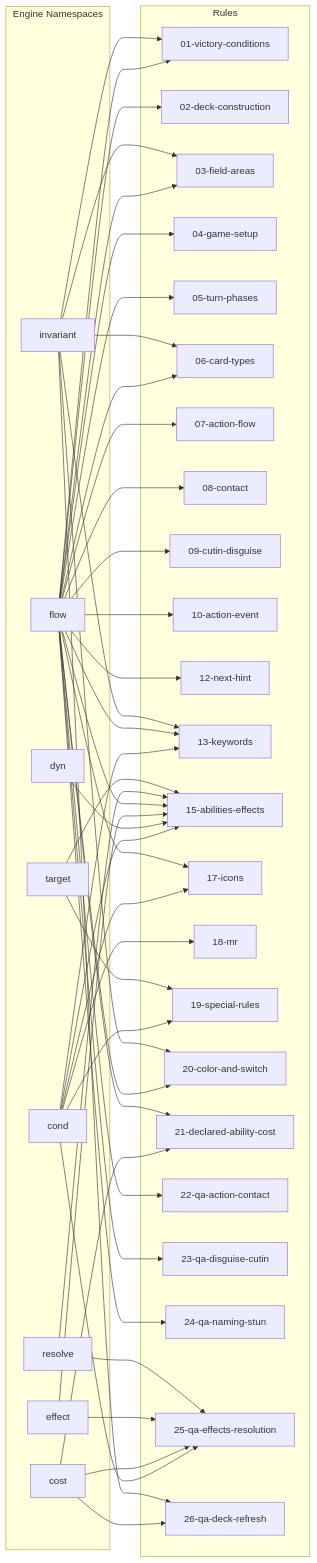
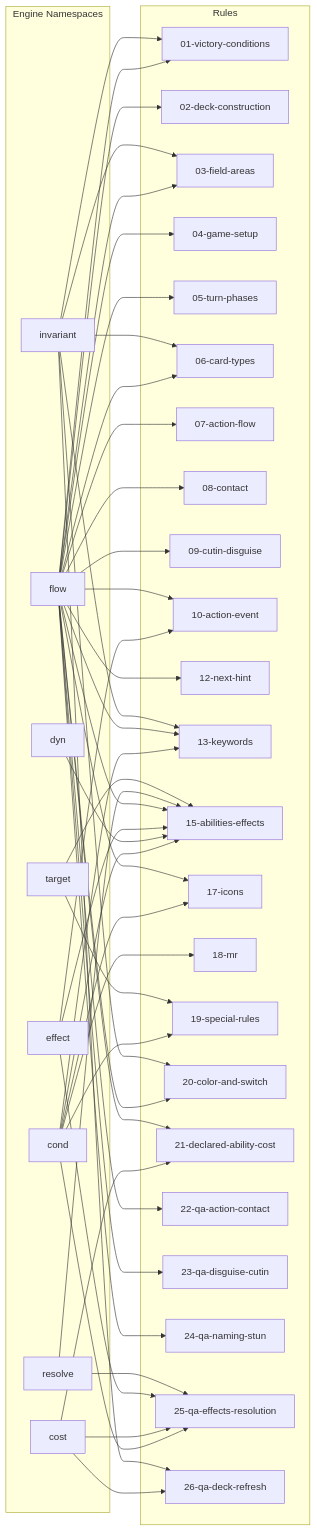
One commit to orihekat78/TCGApp changed the diagram in .claude/auto/mapping/graph-rules-engine-flow.md. Above: the diagram before and after it, drawn with Mermaid. The commit also changed other lines of this file and 69 other files, not shown here.

````diff
--- a/.claude/auto/mapping/graph-rules-engine-flow.md
+++ b/.claude/auto/mapping/graph-rules-engine-flow.md
@@ -9,79 +9,80 @@
 ```mermaid
 flowchart LR
   subgraph engine["Engine Namespaces"]
     NS_cond["cond"]
     NS_cost["cost"]
     NS_dyn["dyn"]
     NS_effect["effect"]
     NS_flow["flow"]
     NS_invariant["invariant"]
     NS_resolve["resolve"]
     NS_target["target"]
   end
   subgraph rules["Rules"]
     R_01_victory_conditions_md["01-victory-conditions"]
     R_02_deck_construction_md["02-deck-construction"]
     R_03_field_areas_md["03-field-areas"]
     R_04_game_setup_md["04-game-setup"]
     R_05_turn_phases_md["05-turn-phases"]
     R_06_card_types_md["06-card-types"]
     R_07_action_flow_md["07-action-flow"]
     R_08_contact_md["08-contact"]
     R_09_cutin_disguise_md["09-cutin-disguise"]
     R_10_action_event_md["10-action-event"]
     R_12_next_hint_md["12-next-hint"]
     R_13_keywords_md["13-keywords"]
     R_15_abilities_effects_md["15-abilities-effects"]
     R_17_icons_md["17-icons"]
     R_18_mr_md["18-mr"]
     R_19_special_rules_md["19-special-rules"]
     R_20_color_and_switch_md["20-color-and-switch"]
     R_21_declared_ability_cost_md["21-declared-ability-cost"]
     R_22_qa_action_contact_md["22-qa-action-contact"]
     R_23_qa_disguise_cutin_md["23-qa-disguise-cutin"]
     R_24_qa_naming_stun_md["24-qa-naming-stun"]
     R_25_qa_effects_resolution_md["25-qa-effects-resolution"]
     R_26_qa_deck_refresh_md["26-qa-deck-refresh"]
   end
   NS_cond --> R_13_keywords_md
   NS_cond --> R_15_abilities_effects_md
   NS_cond --> R_17_icons_md
   NS_cond --> R_18_mr_md
   NS_cond --> R_19_special_rules_md
   NS_cond --> R_25_qa_effects_resolution_md
   NS_cost --> R_21_declared_ability_cost_md
   NS_cost --> R_25_qa_effects_resolution_md
   NS_cost --> R_26_qa_deck_refresh_md
   NS_dyn --> R_15_abilities_effects_md
+  NS_effect --> R_10_action_event_md
   NS_effect --> R_15_abilities_effects_md
   NS_effect --> R_25_qa_effects_resolution_md
   NS_flow --> R_01_victory_conditions_md
   NS_flow --> R_02_deck_construction_md
   NS_flow --> R_03_field_areas_md
   NS_flow --> R_04_game_setup_md
   NS_flow --> R_05_turn_phases_md
   NS_flow --> R_06_card_types_md
   NS_flow --> R_07_action_flow_md
   NS_flow --> R_08_contact_md
   NS_flow --> R_09_cutin_disguise_md
   NS_flow --> R_10_action_event_md
   NS_flow --> R_12_next_hint_md
   NS_flow --> R_13_keywords_md
   NS_flow --> R_15_abilities_effects_md
   NS_flow --> R_17_icons_md
   NS_flow --> R_20_color_and_switch_md
   NS_flow --> R_21_declared_ability_cost_md
   NS_flow --> R_22_qa_action_contact_md
   NS_flow --> R_23_qa_disguise_cutin_md
   NS_flow --> R_24_qa_naming_stun_md
   NS_invariant --> R_01_victory_conditions_md
   NS_invariant --> R_03_field_areas_md
   NS_invariant --> R_06_card_types_md
   NS_invariant --> R_13_keywords_md
   NS_invariant --> R_20_color_and_switch_md
   NS_invariant --> R_26_qa_deck_refresh_md
   NS_resolve --> R_15_abilities_effects_md
   NS_resolve --> R_25_qa_effects_resolution_md
   NS_target --> R_15_abilities_effects_md
   NS_target --> R_19_special_rules_md
 ```
````
